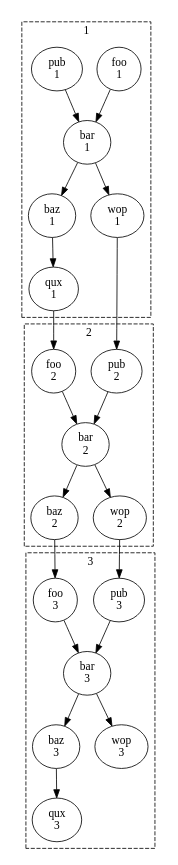
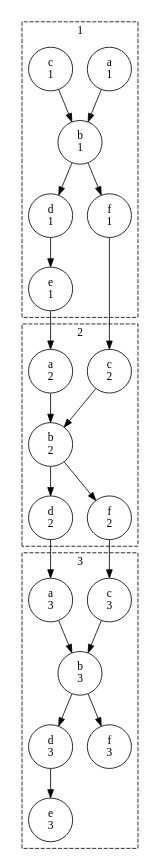
The fifth of 5 diagrams in src/tutorial/scheduling/integer-cycling.rst (cylc/cylc-doc), drawn with Graphviz before and after one commit. The commit also changed other lines of this file and 1 other file, not shown here.

Commit message:
tutorial: change foo, bar, baz to a, b, c

```diff
--- a/src/tutorial/scheduling/integer-cycling.rst
+++ b/src/tutorial/scheduling/integer-cycling.rst
@@ -534,51 +535,51 @@
       .. digraph:: example
         :align: center
 
          size = "4.5,7"
 
          subgraph cluster_1 {
              label = 1
              style = dashed
-             "foo.1" [label="foo\n1"]
-             "bar.1" [label="bar\n1"]
-             "baz.1" [label="baz\n1"]
-             "wop.1" [label="wop\n1"]
-             "pub.1" [label="pub\n1"]
-             "qux.1" [label="qux\n1"]
+             "a.1" [label="a\n1"]
+             "b.1" [label="b\n1"]
+             "d.1" [label="d\n1"]
+             "f.1" [label="f\n1"]
+             "c.1" [label="c\n1"]
+             "e.1" [label="e\n1"]
          }
 
          subgraph cluster_2 {
              label = 2
              style = dashed
-             "foo.2" [label="foo\n2"]
-             "bar.2" [label="bar\n2"]
-             "baz.2" [label="baz\n2"]
-             "wop.2" [label="wop\n2"]
-             "pub.2" [label="pub\n2"]
+             "a.2" [label="a\n2"]
+             "b.2" [label="b\n2"]
+             "d.2" [label="d\n2"]
+             "f.2" [label="f\n2"]
+             "c.2" [label="c\n2"]
          }
 
          subgraph cluster_3 {
              label = 3
              style = dashed
-             "foo.3" [label="foo\n3"]
-             "bar.3" [label="bar\n3"]
-             "baz.3" [label="baz\n3"]
-             "wop.3" [label="wop\n3"]
-             "pub.3" [label="pub\n3"]
-             "qux.3" [label="qux\n3"]
+             "a.3" [label="a\n3"]
+             "b.3" [label="b\n3"]
+             "d.3" [label="d\n3"]
+             "f.3" [label="f\n3"]
+             "c.3" [label="c\n3"]
+             "e.3" [label="e\n3"]
          }
 
-         "foo.1" -> "bar.1" -> "wop.1"
-         "bar.1" -> "baz.1"
-         "pub.1" -> "bar.1"
-         "foo.2" -> "bar.2" -> "wop.2"
-         "bar.2" -> "baz.2"
-         "pub.2" -> "bar.2"
-         "foo.3" -> "bar.3" -> "wop.3"
-         "bar.3" -> "baz.3"
-         "pub.3" -> "bar.3"
-         "baz.1" -> "qux.1" -> "foo.2"
-         "baz.3" -> "qux.3"
-         "baz.2" -> "foo.3"
-         "wop.1" -> "pub.2"
-         "wop.2" -> "pub.3"
+         "a.1" -> "b.1" -> "f.1"
+         "b.1" -> "d.1"
+         "c.1" -> "b.1"
+         "a.2" -> "b.2" -> "f.2"
+         "b.2" -> "d.2"
+         "c.2" -> "b.2"
+         "a.3" -> "b.3" -> "f.3"
+         "b.3" -> "d.3"
+         "c.3" -> "b.3"
+         "d.1" -> "e.1" -> "a.2"
+         "d.3" -> "e.3"
+         "d.2" -> "a.3"
+         "f.1" -> "c.2"
+         "f.2" -> "c.3"
```
